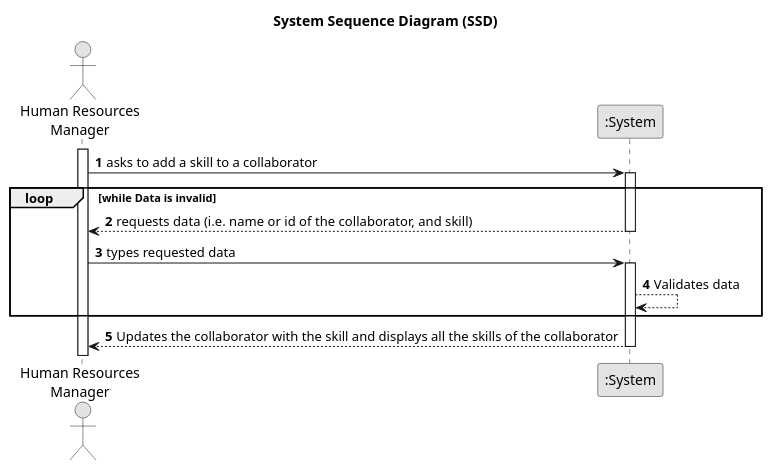
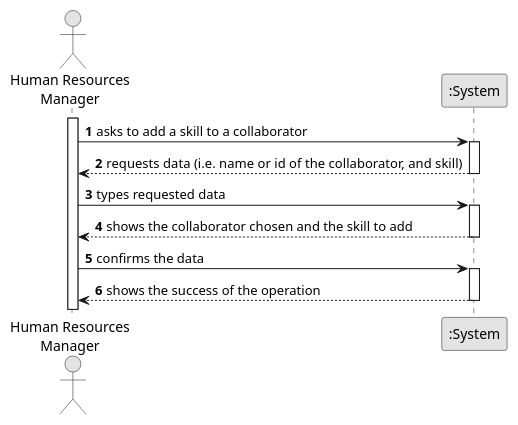
The diagram in docs/sprintA/us004/01.requirements-engineering/puml/us004-alternative-one.puml (RicardoMorim/lapr2-ISEP-Project), drawn with PlantUML before and after one commit. The commit also changed 9 other files, not shown here.

```diff
--- a/docs/sprintA/us004/01.requirements-engineering/puml/us004-alternative-one.puml
+++ b/docs/sprintA/us004/01.requirements-engineering/puml/us004-alternative-one.puml
@@ -1,31 +1,35 @@
 @startuml
 skinparam monochrome true
 skinparam packageStyle rectangle
 skinparam shadowing false
 
-title System Sequence Diagram (SSD)
+
 
 autonumber
 
 actor "Human Resources\nManager" as Employee
 participant ":System" as System
 
 activate Employee
 
     Employee -> System : asks to add a skill to a collaborator
     activate System
 
-    loop while Data is invalid
-        System --> Employee : requests data (i.e. name or id of the collaborator, and skill)
-        deactivate System
 
-        Employee -> System : types requested data
-        activate System
+    System --> Employee : requests data (i.e. name or id of the collaborator, and skill)
+    deactivate System
 
-        System --> System : Validates data
-    end
+    Employee -> System : types requested data
+    activate System
 
-    System --> Employee : Updates the collaborator with the skill and displays all the skills of the collaborator
+
+    System --> Employee : shows the collaborator chosen and the skill to add
+    deactivate System
+
+    Employee -> System : confirms the data
+    activate System
+
+    System --> Employee : shows the success of the operation
     deactivate System
 
 @enduml
```
